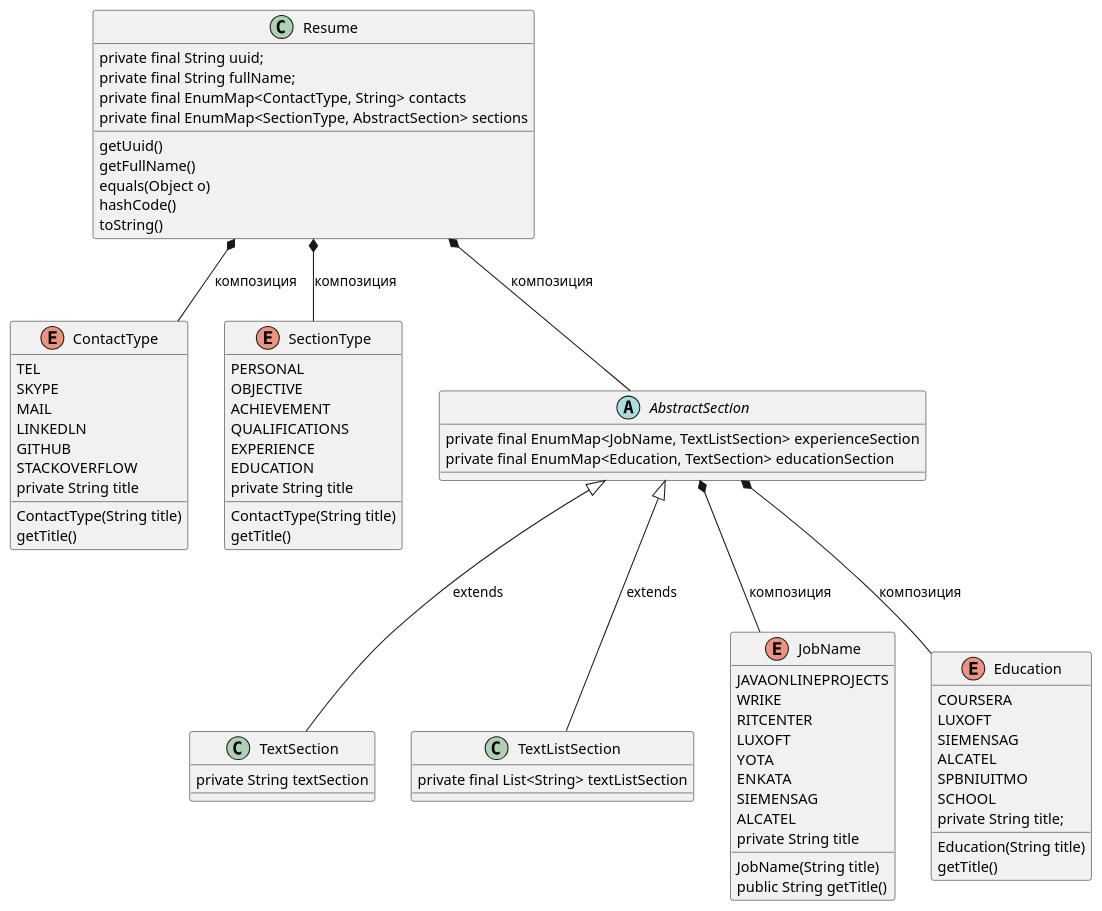
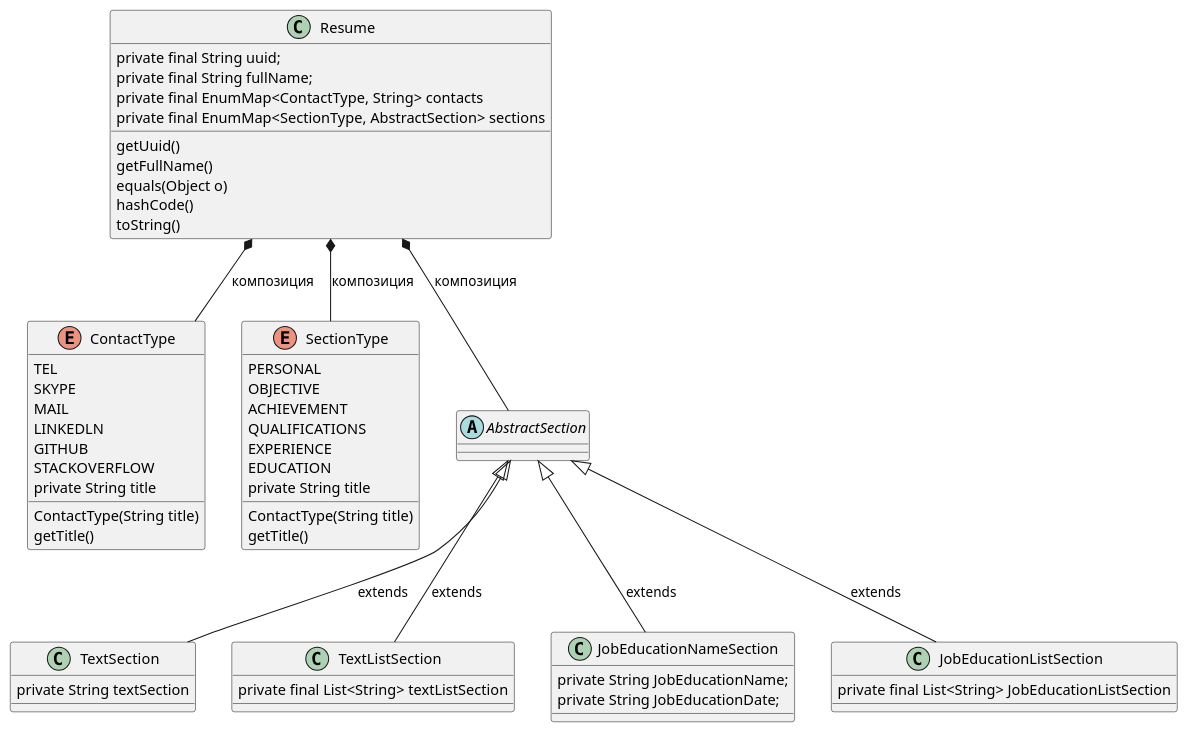
The diagram in src/com/urise/webapp/model/ResumeUML.puml (VitalyG1983/basejava), drawn with PlantUML before and after one commit. The commit also changed 4 other files, not shown here.

```diff
--- a/src/com/urise/webapp/model/ResumeUML.puml
+++ b/src/com/urise/webapp/model/ResumeUML.puml
@@ -1,85 +1,67 @@
 @startuml
 'https://plantuml.com/class-diagram
 
  class Resume {
     private final String uuid;
     private final String fullName;
     private final EnumMap<ContactType, String> contacts
     private final EnumMap<SectionType, AbstractSection> sections
      getUuid()
      getFullName()
      equals(Object o)
      hashCode()
      toString()
 }
 
  Resume  *-- ContactType : композиция
  enum ContactType{
      TEL
      SKYPE
      MAIL
      LINKEDLN
      GITHUB
      STACKOVERFLOW
      private String title
       ContactType(String title)
       getTitle()
  }
 
 Resume  *-- SectionType : композиция
  enum SectionType{
       PERSONAL
       OBJECTIVE
       ACHIEVEMENT
       QUALIFICATIONS
       EXPERIENCE
       EDUCATION
       private String title
        ContactType(String title)
        getTitle()
  }
 
 Resume  *--  AbstractSection : композиция
      abstract class AbstractSection {
-         private final EnumMap<JobName, TextListSection> experienceSection
-         private final EnumMap<Education, TextSection> educationSection
     }
 
 AbstractSection <|-- TextSection : extends
 class TextSection {
       private String textSection
 }
 
 AbstractSection <|-- TextListSection : extends
 class TextListSection {
     private final List<String> textListSection
 }
 
-AbstractSection  *--  JobName : композиция
-enum JobName {
-    JAVAONLINEPROJECTS
-    WRIKE
-    RITCENTER
-    LUXOFT
-    YOTA
-    ENKATA
-    SIEMENSAG
-    ALCATEL
-    private String title
-    JobName(String title)
-    public String getTitle()
+AbstractSection  <|--  JobEducationNameSection : extends
+class JobEducationNameSection {
+    private String JobEducationName;
+    private String JobEducationDate;
+ }
+
+AbstractSection  <|--  JobEducationListSection : extends
+class JobEducationListSection {
+    private final List<String> JobEducationListSection
 }
 
-AbstractSection  *--  Education : композиция
-enum Education {
-    COURSERA
-    LUXOFT
-    SIEMENSAG
-    ALCATEL
-    SPBNIUITMO
-    SCHOOL
-    private String title;
-    Education(String title)
-    getTitle()
- }
 @enduml
```
